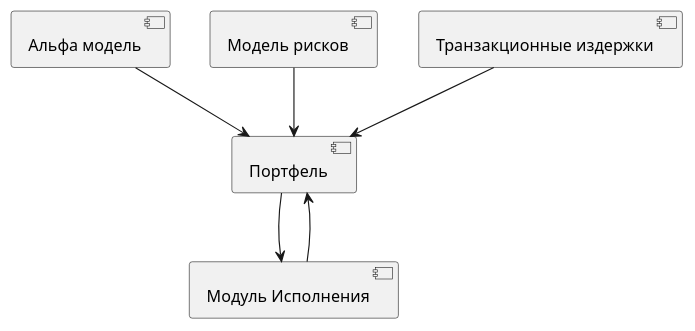
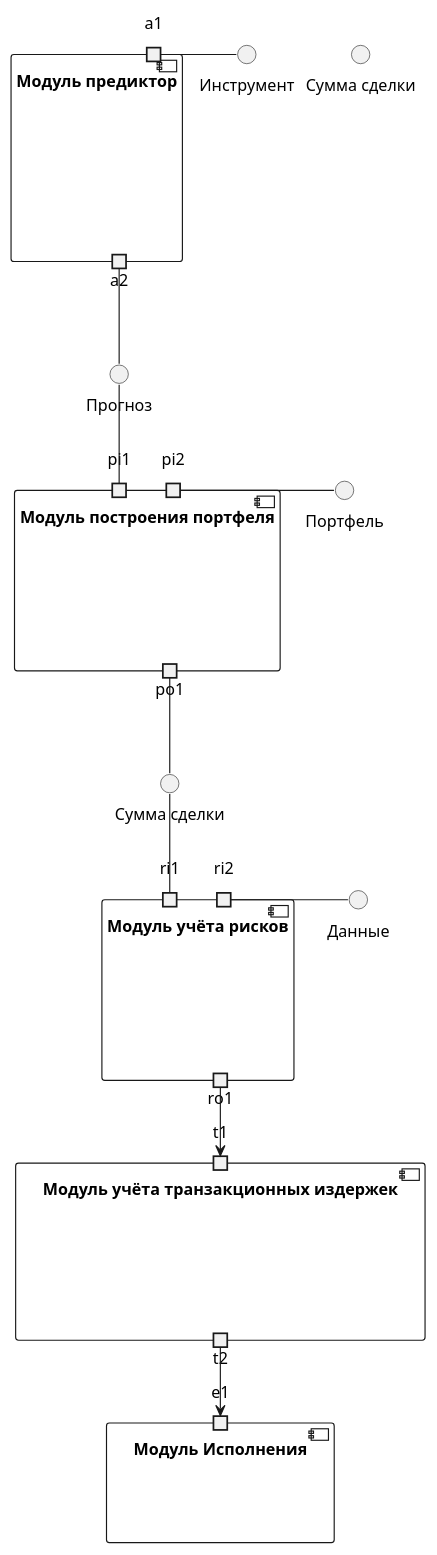
Before and after one commit to Newbie-Alfi/ARobot: the diagram in docs/system.pu, drawn with PlantUML. The commit also changed 5 other files, not shown here.

Commit message:
doc: Добавлены диаграммы

```diff
--- a/docs/system.pu
+++ b/docs/system.pu
@@ -1,15 +1,52 @@
 @startuml
 
-component "Альфа модель" as Alpha
-component "Модель рисков" as Risk   
-component "Транзакционные издержки" as TransactionCost
-component Портфель as Portfolio
-component "Модуль Исполнения" as Execution
+component "Модуль предиктор" as Alpha {
+  portin a1
+  portout a2
+}
+component "Модуль учёта рисков" as Risk  {
+  portin ri1
+  portin ri2
+  portout ro1
+} 
+component "Модуль учёта транзакционных издержек" as TransactionCost {
+  portin t1
+  portout t2
+}
+component "Модуль построения портфеля" as Portfolio {
+  portin pi1
+  portin pi2
+  portout po1
+}
+component "Модуль Исполнения" as Execution {
+  portin e1
+}
 
-Alpha --> Portfolio
-Risk --> Portfolio
-TransactionCost --> Portfolio
-Portfolio --> Execution
-Execution --> Portfolio
+interface "Инструмент" as DataI
+interface "Портфель" as DataP
+interface "Данные" as Data
+
+interface "Прогноз" as Forecast
+interface "Сумма сделки" as Position
+interface "Сумма сделки" as Position2
+' interface ""
+
+DataI ----left- a1
+DataP ---left-- pi2
+Data ---left-- ri2
+
+a2 -- Forecast
+Forecast -- pi1
+
+po1 -- Position
+Position  -- ri1
+
+ro1 --> t1
+t2 --> e1
+
+' Risk --> Portfolio
+' TransactionCost --> Portfolio
+' Portfolio --> Execution
+' Execution --> Portfolio
 
 @enduml
```
